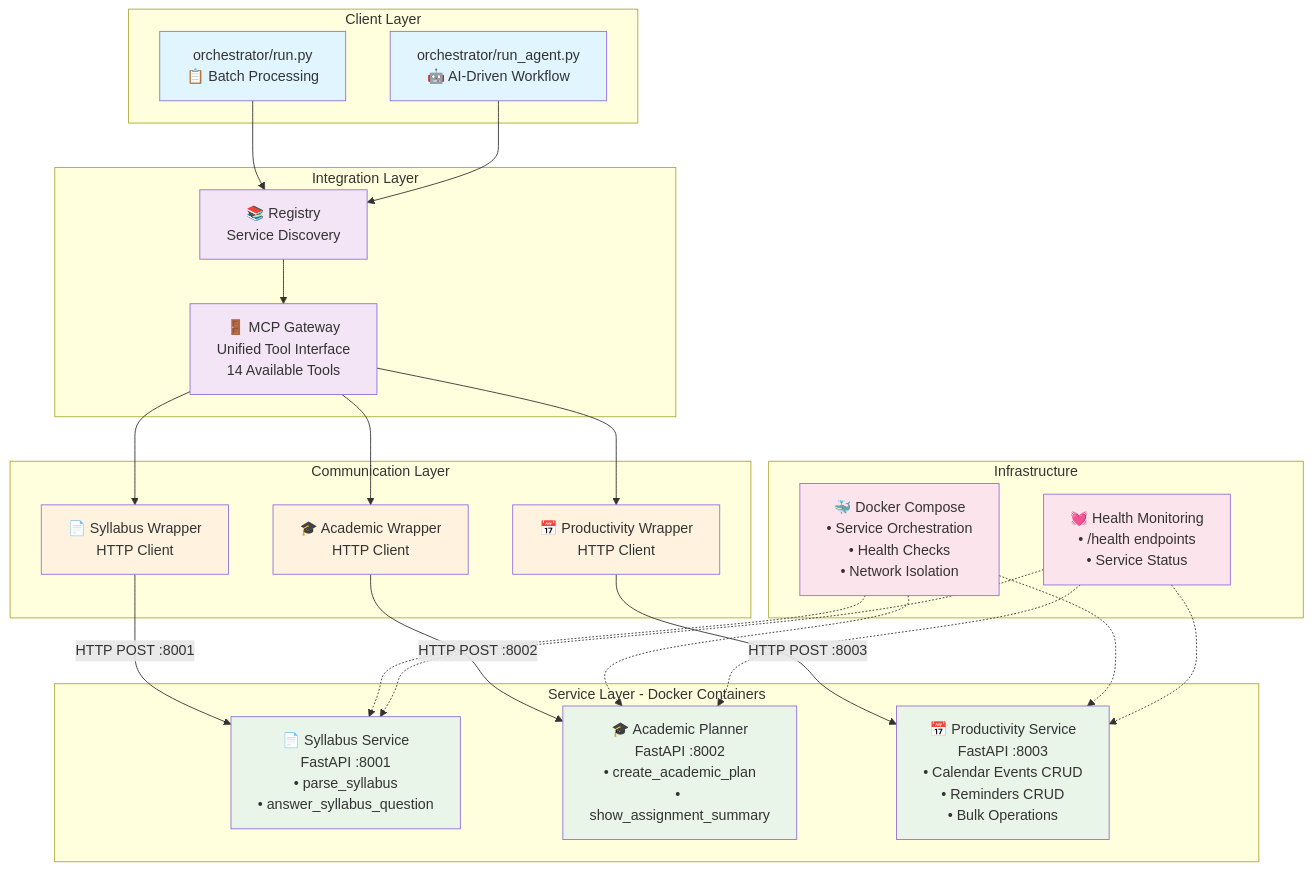
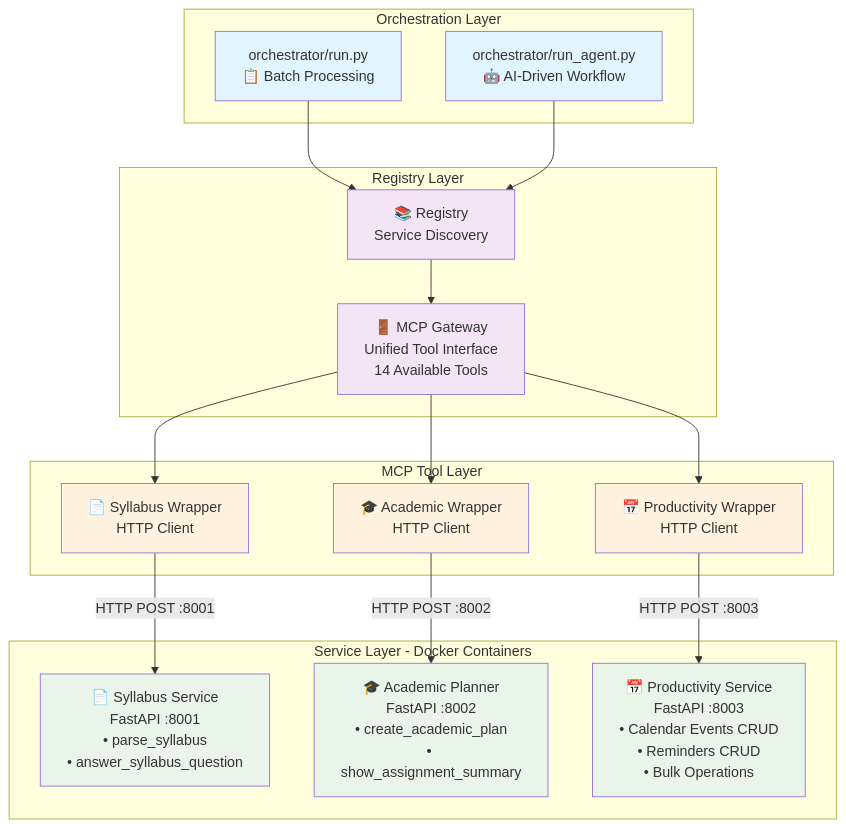
Before and after one commit to cmu-able/mcp-syllabus-example: the diagram in README.md, drawn with Mermaid.

Commit message:
docs: Update architecture diagram
- Rename 'Client Layer' to 'Orchestration Layer' for clarity
- Remove Infrastructure subgraph (Docker Compose and Health Monitoring)
- Clean up diagram to focus on application architecture layers
- Update class definitions to match renamed layer

````diff
--- a/README.md
+++ b/README.md
@@ -25,58 +25,44 @@
 ```mermaid
 graph TB
-    subgraph "Client Layer"
+    subgraph "Orchestration Layer"
         CLI1["orchestrator/run.py<br/>📋 Batch Processing"]
         CLI2["orchestrator/run_agent.py<br/>🤖 AI-Driven Workflow"]
     end
     
-    subgraph "Integration Layer"
+    subgraph "Registry Layer"
         REGISTRY["📚 Registry<br/>Service Discovery"]
         GATEWAY["🚪 MCP Gateway<br/>Unified Tool Interface<br/>14 Available Tools"]
     end
     
-    subgraph "Communication Layer" 
+    subgraph "MCP Tool Layer" 
         WRAPPER1["📄 Syllabus Wrapper<br/>HTTP Client"]
         WRAPPER2["🎓 Academic Wrapper<br/>HTTP Client"]
         WRAPPER3["📅 Productivity Wrapper<br/>HTTP Client"]
     end
     
     subgraph "Service Layer - Docker Containers"
         SERVICE1["📄 Syllabus Service<br/>FastAPI :8001<br/>• parse_syllabus<br/>• answer_syllabus_question"]
         SERVICE2["🎓 Academic Planner<br/>FastAPI :8002<br/>• create_academic_plan<br/>• show_assignment_summary"]
         SERVICE3["📅 Productivity Service<br/>FastAPI :8003<br/>• Calendar Events CRUD<br/>• Reminders CRUD<br/>• Bulk Operations"]
-    end
-    
-    subgraph "Infrastructure"
-        DOCKER["🐳 Docker Compose<br/>• Service Orchestration<br/>• Health Checks<br/>• Network Isolation"]
-        HEALTH["💓 Health Monitoring<br/>• /health endpoints<br/>• Service Status"]
     end
     
     CLI1 --> REGISTRY
     CLI2 --> REGISTRY
     REGISTRY --> GATEWAY
     GATEWAY --> WRAPPER1
     GATEWAY --> WRAPPER2
     GATEWAY --> WRAPPER3
     WRAPPER1 -->|HTTP POST :8001| SERVICE1
     WRAPPER2 -->|HTTP POST :8002| SERVICE2
     WRAPPER3 -->|HTTP POST :8003| SERVICE3
     
-    DOCKER -.-> SERVICE1
-    DOCKER -.-> SERVICE2 
-    DOCKER -.-> SERVICE3
-    HEALTH -.-> SERVICE1
-    HEALTH -.-> SERVICE2
-    HEALTH -.-> SERVICE3
-    
-    classDef client fill:#e1f5fe
+    classDef orchestration fill:#e1f5fe
     classDef integration fill:#f3e5f5
     classDef communication fill:#fff3e0
     classDef service fill:#e8f5e8
-    classDef infrastructure fill:#fce4ec
     
-    class CLI1,CLI2 client
+    class CLI1,CLI2 orchestration
     class REGISTRY,GATEWAY integration
     class WRAPPER1,WRAPPER2,WRAPPER3 communication
     class SERVICE1,SERVICE2,SERVICE3 service
-    class DOCKER,HEALTH infrastructure
 ```
````
